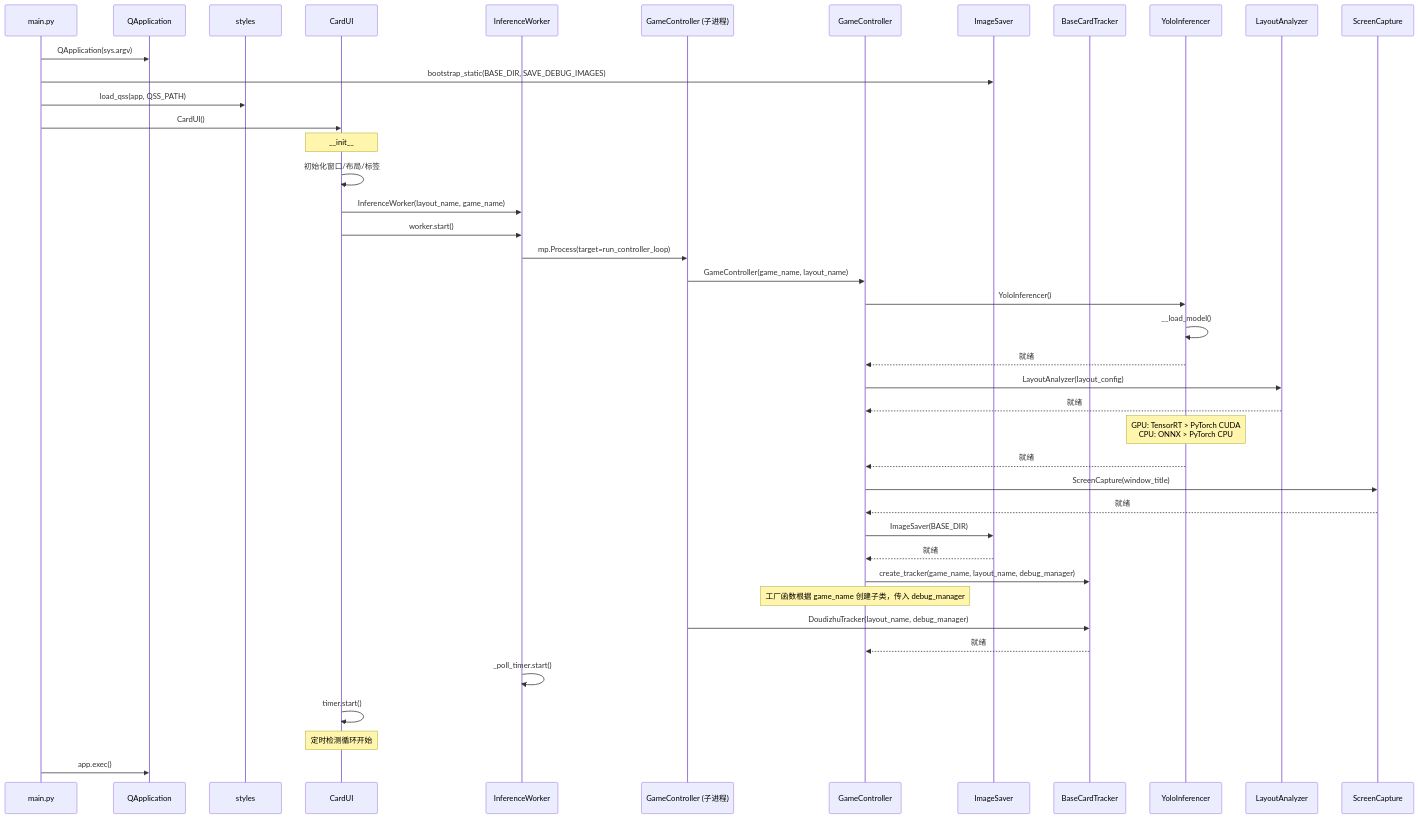
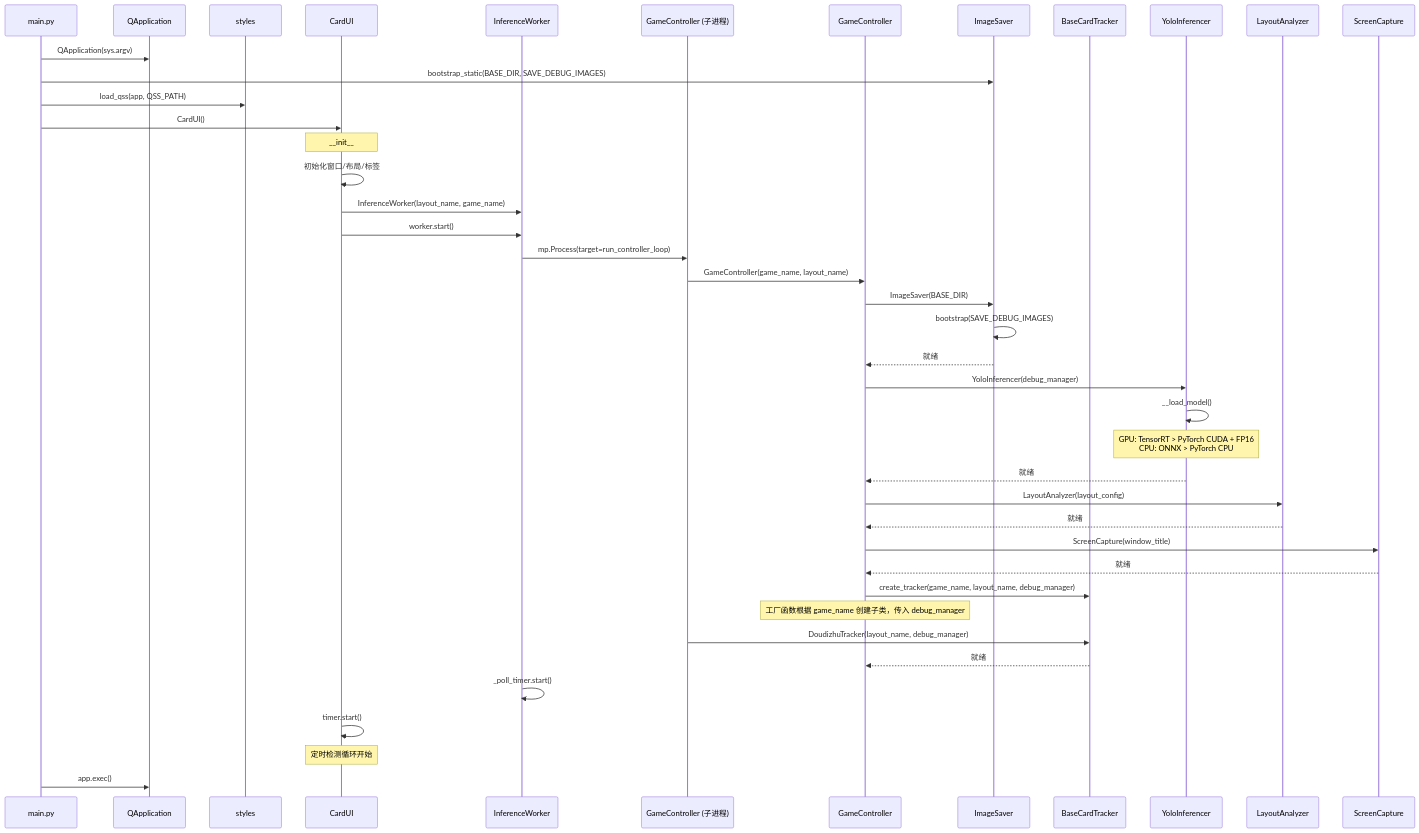
One commit to luckFan0519/han-card-tracker changed the second of 6 diagrams in docs/sequence-diagram.md. Above: the diagram before and after it, drawn with Mermaid. The commit also changed other lines of this file and 12 other files, not shown here.

````diff
--- a/docs/sequence-diagram.md
+++ b/docs/sequence-diagram.md
@@ -71,48 +75,53 @@
 ```mermaid
 sequenceDiagram
     participant Main as main.py
     participant App as QApplication
     participant Styles as styles
     participant UI as CardUI
     participant Worker as InferenceWorker
     participant SubProc as GameController (子进程)
     participant Controller as GameController
     participant DebugMgr as ImageSaver
     participant Tracker as BaseCardTracker
     participant Detector as YoloInferencer
     participant Analyzer as LayoutAnalyzer
     participant Capture as ScreenCapture
 
     Main->>App: QApplication(sys.argv)
     Main->>DebugMgr: bootstrap_static(BASE_DIR, SAVE_DEBUG_IMAGES)
     Main->>Styles: load_qss(app, QSS_PATH)
     Main->>UI: CardUI()
 
     Note over UI: __init__
     UI->>UI: 初始化窗口/布局/标签
     UI->>Worker: InferenceWorker(layout_name, game_name)
     UI->>Worker: worker.start()
 
     Worker->>SubProc: mp.Process(target=run_controller_loop)
     SubProc->>Controller: GameController(game_name, layout_name)
-    Controller->>Detector: YoloInferencer()
+
+    Controller->>DebugMgr: ImageSaver(BASE_DIR)
+    DebugMgr->>DebugMgr: bootstrap(SAVE_DEBUG_IMAGES)
+    DebugMgr-->>Controller: 就绪
+
+    Controller->>Detector: YoloInferencer(debug_manager)
     Detector->>Detector: __load_model()
+    Note over Detector: GPU: TensorRT > PyTorch CUDA + FP16<br/>CPU: ONNX > PyTorch CPU
     Detector-->>Controller: 就绪
+
     Controller->>Analyzer: LayoutAnalyzer(layout_config)
     Analyzer-->>Controller: 就绪
-    Note over Detector: GPU: TensorRT > PyTorch CUDA<br/>CPU: ONNX > PyTorch CPU
-    Detector-->>Controller: 就绪
+
     Controller->>Capture: ScreenCapture(window_title)
     Capture-->>Controller: 就绪
-    Controller->>DebugMgr: ImageSaver(BASE_DIR)
-    DebugMgr-->>Controller: 就绪
+
     Controller->>Tracker: create_tracker(game_name, layout_name, debug_manager)
     Note over Controller: 工厂函数根据 game_name 创建子类，传入 debug_manager
     SubProc->>Tracker: DoudizhuTracker(layout_name, debug_manager)
     Tracker-->>Controller: 就绪
 
     Worker->>Worker: _poll_timer.start()
     UI->>UI: timer.start()
     Note over UI: 定时检测循环开始
     Main->>App: app.exec()
 ```
````
